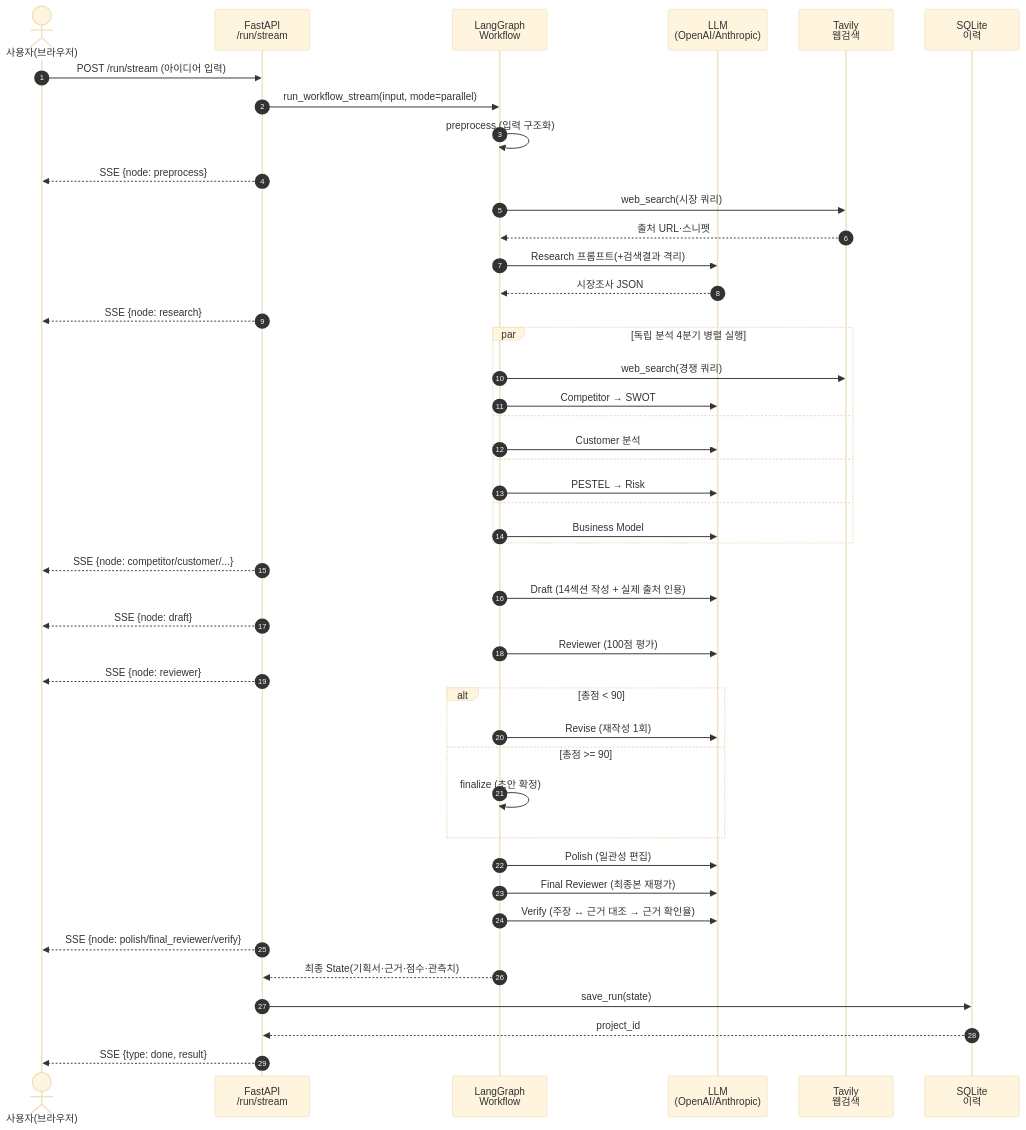
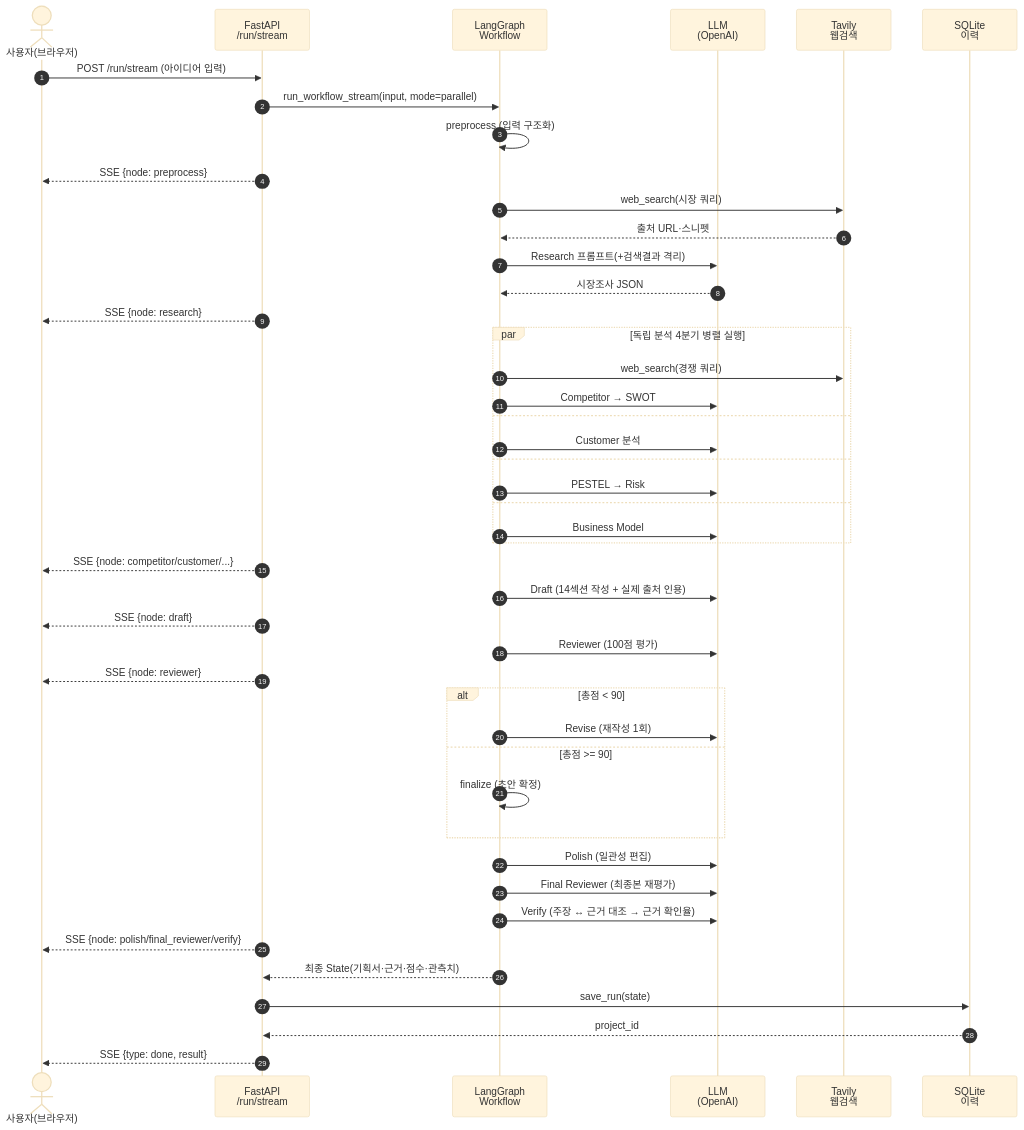
One commit to woojinwoojin/AI-Service-Planning-Multi-Agent changed the first of 3 diagrams in report1/04_시퀀스다이어그램.md. Above: the diagram before and after it, drawn with Mermaid (base theme). The commit also changed 3 other files, not shown here.

````diff
--- a/report1/04_시퀀스다이어그램.md
+++ b/report1/04_시퀀스다이어그램.md
@@ -11,55 +11,55 @@
 ```mermaid
 sequenceDiagram
     autonumber
     actor U as 사용자(브라우저)
     participant API as FastAPI<br/>/run/stream
     participant WF as LangGraph<br/>Workflow
-    participant LLM as LLM<br/>(OpenAI/Anthropic)
+    participant LLM as LLM<br/>(OpenAI)
     participant TV as Tavily<br/>웹검색
     participant DB as SQLite<br/>이력
 
     U->>API: POST /run/stream (아이디어 입력)
     API->>WF: run_workflow_stream(input, mode=parallel)
 
     WF->>WF: preprocess (입력 구조화)
     API-->>U: SSE {node: preprocess}
 
     WF->>TV: web_search(시장 쿼리)
     TV-->>WF: 출처 URL·스니펫
     WF->>LLM: Research 프롬프트(+검색결과 격리)
     LLM-->>WF: 시장조사 JSON
     API-->>U: SSE {node: research}
 
     par 독립 분석 4분기 병렬 실행
         WF->>TV: web_search(경쟁 쿼리)
         WF->>LLM: Competitor → SWOT
     and
         WF->>LLM: Customer 분석
     and
         WF->>LLM: PESTEL → Risk
     and
         WF->>LLM: Business Model
     end
     API-->>U: SSE {node: competitor/customer/...}
 
     WF->>LLM: Draft (14섹션 작성 + 실제 출처 인용)
     API-->>U: SSE {node: draft}
     WF->>LLM: Reviewer (100점 평가)
     API-->>U: SSE {node: reviewer}
 
     alt 총점 < 90
         WF->>LLM: Revise (재작성 1회)
     else 총점 >= 90
         WF->>WF: finalize (초안 확정)
     end
 
     WF->>LLM: Polish (일관성 편집)
     WF->>LLM: Final Reviewer (최종본 재평가)
     WF->>LLM: Verify (주장 ↔ 근거 대조 → 근거 확인율)
     API-->>U: SSE {node: polish/final_reviewer/verify}
 
     WF-->>API: 최종 State(기획서·근거·점수·관측치)
     API->>DB: save_run(state)
     DB-->>API: project_id
     API-->>U: SSE {type: done, result}
 ```
````
